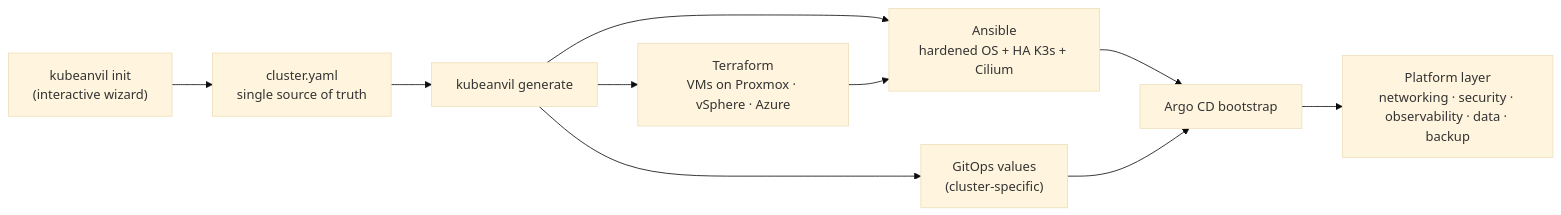
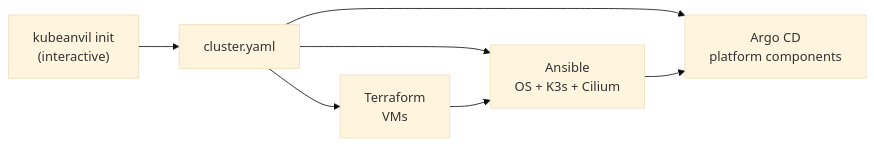
One commit to liosmarf/kubeanvil changed the diagram in README.md. Above: the diagram before and after it, drawn with Mermaid (base theme). The commit also changed other lines of this file and 7 other files, not shown here.

````diff
--- a/README.md
+++ b/README.md
@@ -28,11 +12,8 @@
 ```mermaid
 flowchart LR
-    W["kubeanvil init<br/>(interactive wizard)"] --> C["cluster.yaml<br/>single source of truth"]
-    C --> G["kubeanvil generate"]
-    G --> TF["Terraform<br/>VMs on Proxmox · vSphere · Azure"]
-    G --> AN["Ansible<br/>hardened OS + HA K3s + Cilium"]
-    G --> GO["GitOps values<br/>(cluster-specific)"]
-    TF --> AN --> AR["Argo CD bootstrap"]
-    GO --> AR
-    AR --> P["Platform layer<br/>networking · security · observability · data · backup"]
+    I["kubeanvil init<br/>(interactive)"] --> C[cluster.yaml]
+    C --> T["Terraform<br/>VMs"]
+    C --> A["Ansible<br/>OS + K3s + Cilium"]
+    C --> G["Argo CD<br/>platform components"]
+    T --> A --> G
 ```
````
